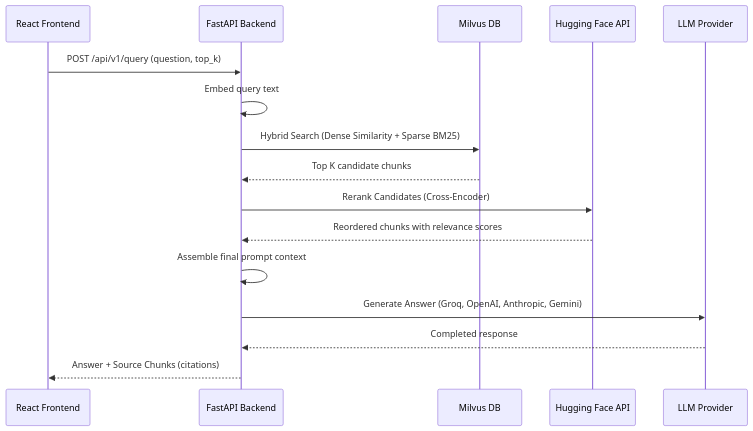
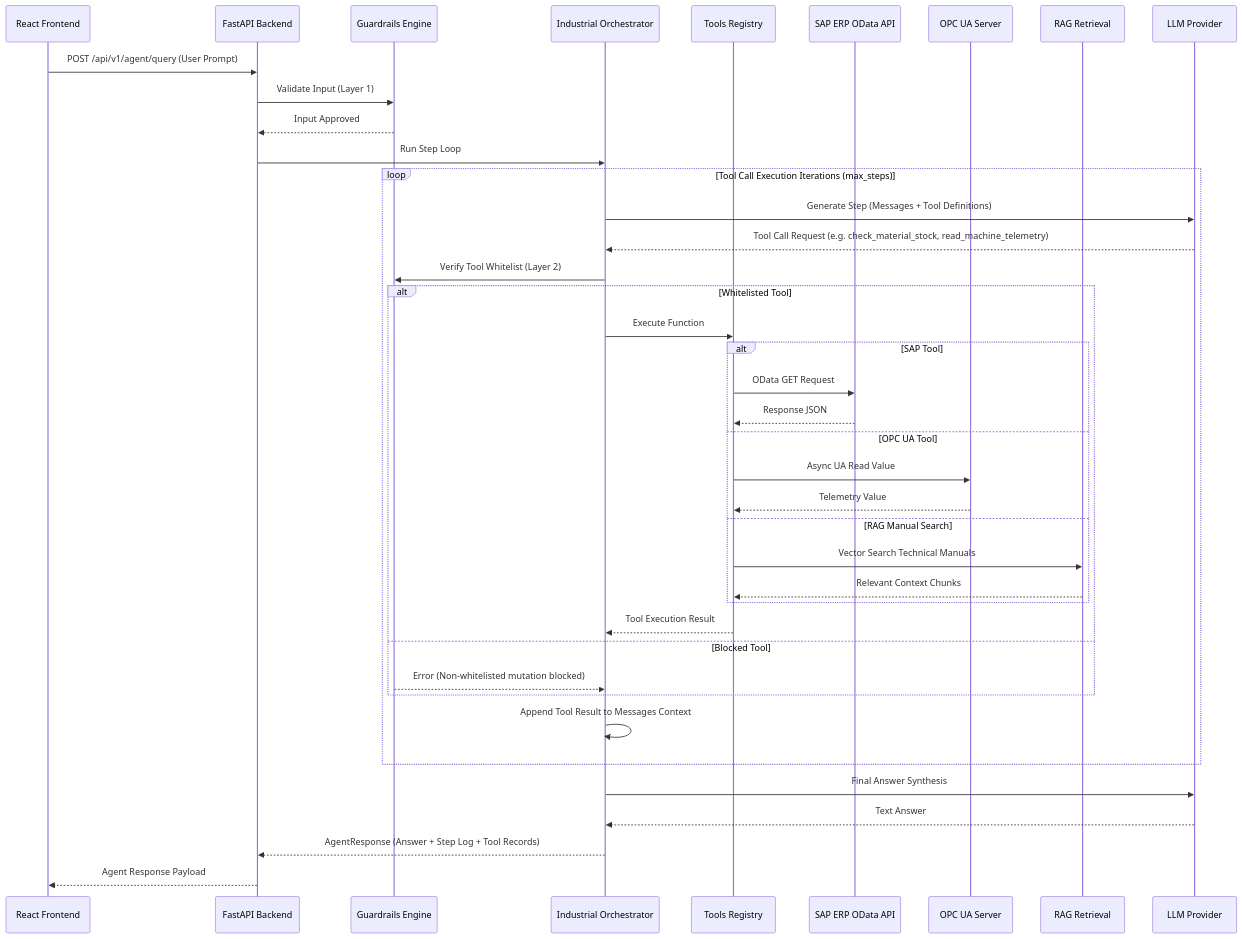
One commit to chandra34/Industrial_AI changed the second of 2 diagrams in README.md. Above: the diagram before and after it, drawn with Mermaid. The commit also changed other lines of this file and 6 other files, not shown here.

````diff
--- a/README.md
+++ b/README.md
@@ -107,19 +157,45 @@
 ```mermaid
 sequenceDiagram
     participant UI as React Frontend
     participant API as FastAPI Backend
-    participant Milvus as Milvus DB
-    participant HF as Hugging Face API
+    participant Guard as Guardrails Engine
+    participant Orch as Industrial Orchestrator
+    participant Tools as Tools Registry
+    participant SAP as SAP ERP OData API
+    participant OPCUA as OPC UA Server
+    participant RAG as RAG Retrieval
     participant LLM as LLM Provider
     
-    UI->>API: POST /api/v1/query (question, top_k)
-    API->>API: Embed query text
-    API->>Milvus: Hybrid Search (Dense Similarity + Sparse BM25)
-    Milvus-->>API: Top K candidate chunks
-    API->>HF: Rerank Candidates (Cross-Encoder)
-    HF-->>API: Reordered chunks with relevance scores
-    API->>API: Assemble final prompt context
-    API->>LLM: Generate Answer (Groq, OpenAI, Anthropic, Gemini)
-    LLM-->>API: Completed response
-    API-->>UI: Answer + Source Chunks (citations)
+    UI->>API: POST /api/v1/agent/query (User Prompt)
+    API->>Guard: Validate Input (Layer 1)
+    Guard-->>API: Input Approved
+    API->>Orch: Run Step Loop
+    
+    loop Tool Call Execution Iterations (max_steps)
+        Orch->>LLM: Generate Step (Messages + Tool Definitions)
+        LLM-->>Orch: Tool Call Request (e.g. check_material_stock, read_machine_telemetry)
+        Orch->>Guard: Verify Tool Whitelist (Layer 2)
+        alt Whitelisted Tool
+            Orch->>Tools: Execute Function
+            alt SAP Tool
+                Tools->>SAP: OData GET Request
+                SAP-->>Tools: Response JSON
+            else OPC UA Tool
+                Tools->>OPCUA: Async UA Read Value
+                OPCUA-->>Tools: Telemetry Value
+            else RAG Manual Search
+                Tools->>RAG: Vector Search Technical Manuals
+                RAG-->>Tools: Relevant Context Chunks
+            end
+            Tools-->>Orch: Tool Execution Result
+        else Blocked Tool
+            Guard-->>Orch: Error (Non-whitelisted mutation blocked)
+        end
+        Orch->>Orch: Append Tool Result to Messages Context
+    end
+    
+    Orch->>LLM: Final Answer Synthesis
+    LLM-->>Orch: Text Answer
+    Orch-->>API: AgentResponse (Answer + Step Log + Tool Records)
+    API-->>UI: Agent Response Payload
 ```
````
